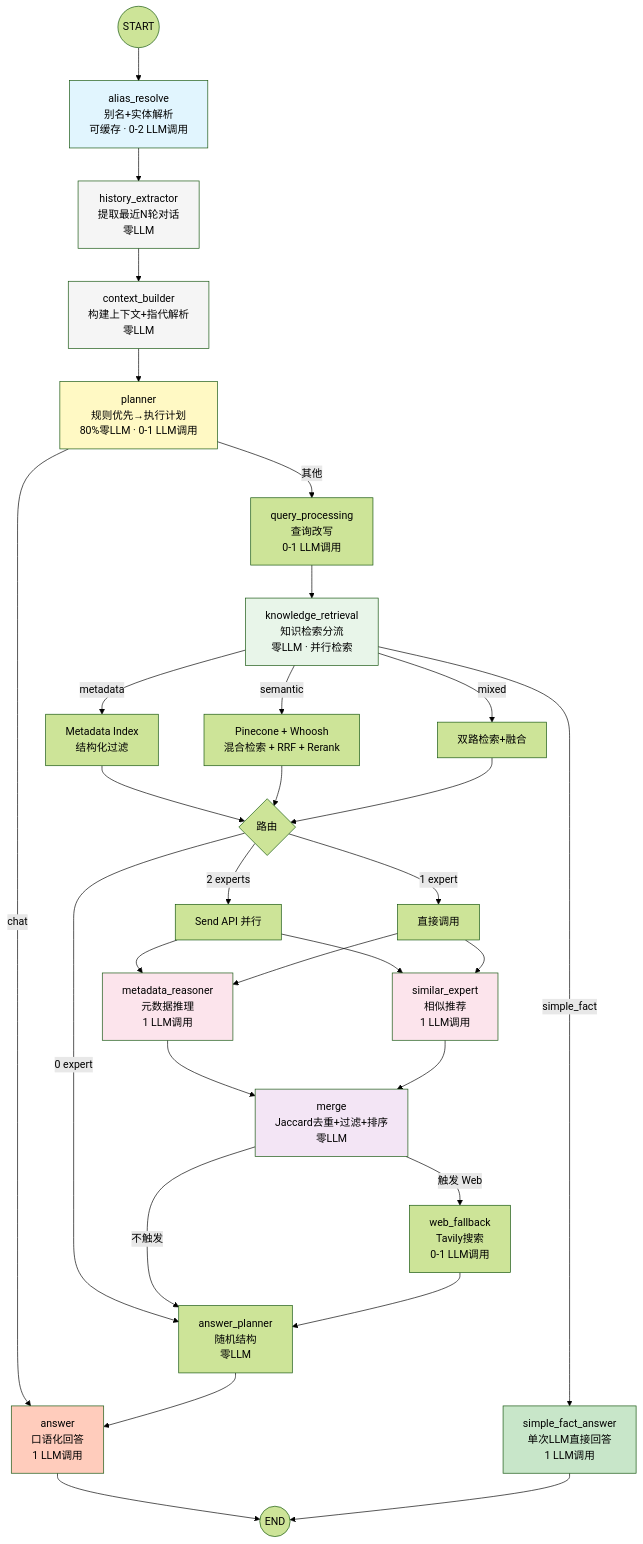
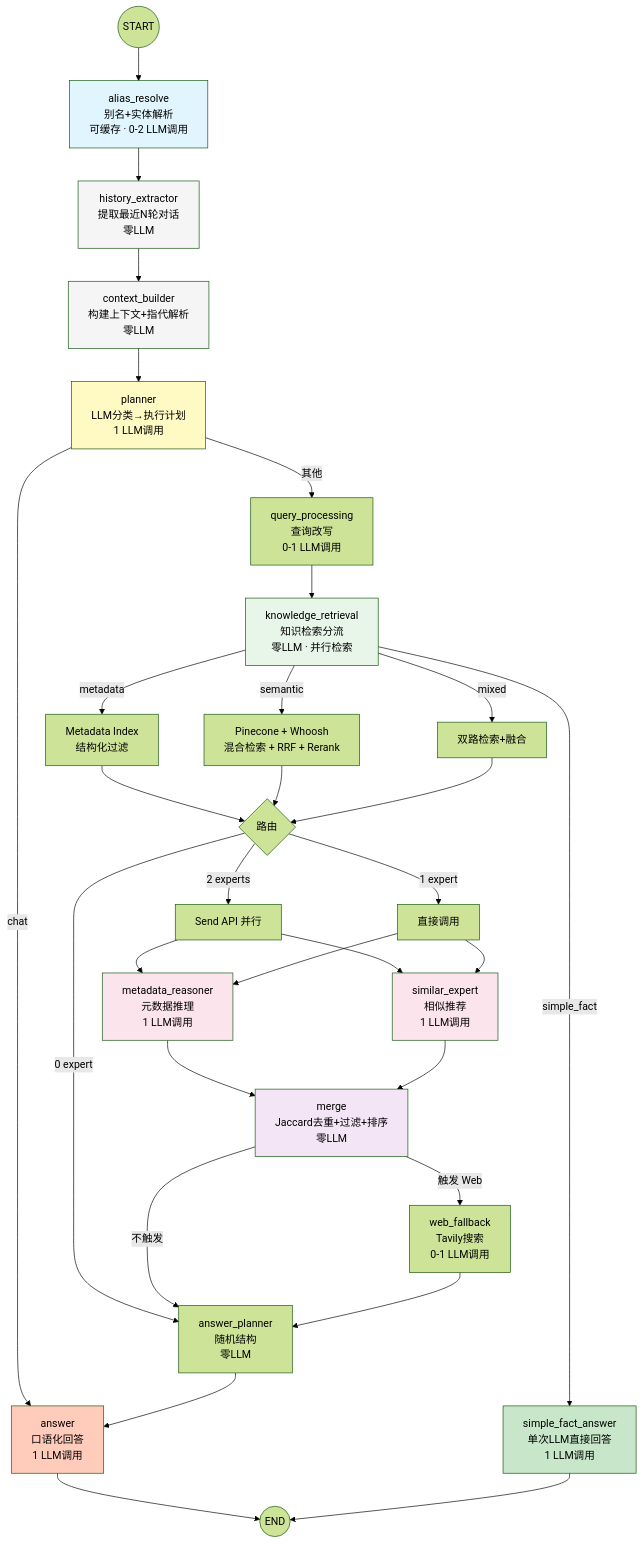
The fourth of 5 diagrams in .trae/documents/project-summary.md (AKArrok/AniGraph), drawn with Mermaid (forest theme) before and after one commit. The commit also changed other lines of this file and 3 other files, not shown here.

````diff
--- a/.trae/documents/project-summary.md
+++ b/.trae/documents/project-summary.md
@@ -316,54 +319,53 @@
 ```mermaid
 graph TD
     START((START)) --> alias["alias_resolve<br/>别名+实体解析<br/>可缓存 · 0-2 LLM调用"]
     alias --> hist["history_extractor<br/>提取最近N轮对话<br/>零LLM"]
     hist --> ctx["context_builder<br/>构建上下文+指代解析<br/>零LLM"]
-    ctx --> planner["planner<br/>规则优先→执行计划<br/>80%零LLM · 0-1 LLM调用"]
-
+    ctx --> planner["planner<br/>LLM分类→执行计划<br/>1 LLM调用"]
     planner -->|chat| answer
     planner -->|其他| qp["query_processing<br/>查询改写<br/>0-1 LLM调用"]
 
     qp --> kr["knowledge_retrieval<br/>知识检索分流<br/>零LLM · 并行检索"]
 
     kr -->|simple_fact| sf["simple_fact_answer<br/>单次LLM直接回答<br/>1 LLM调用"]
 
     kr -->|metadata| mi[Metadata Index<br/>结构化过滤]
     kr -->|semantic| pc[Pinecone + Whoosh<br/>混合检索 + RRF + Rerank]
     kr -->|mixed| both[双路检索+融合]
 
     mi --> route{路由}
     pc --> route
     both --> route
 
     route -->|0 expert| ap["answer_planner<br/>随机结构<br/>零LLM"]
     route -->|1 expert| expert_direct[直接调用]
     route -->|2 experts| parallel["Send API 并行"]
 
     parallel --> mr["metadata_reasoner<br/>元数据推理<br/>1 LLM调用"]
     parallel --> se["similar_expert<br/>相似推荐<br/>1 LLM调用"]
     expert_direct --> mr
     expert_direct --> se
 
     mr --> merge["merge<br/>Jaccard去重+过滤+排序<br/>零LLM"]
     se --> merge
 
     merge -->|触发 Web| wf["web_fallback<br/>Tavily搜索<br/>0-1 LLM调用"]
     merge -->|不触发| ap
 
     wf --> ap
     ap --> answer["answer<br/>口语化回答<br/>1 LLM调用"]
     answer --> END((END))
 
     sf --> END
 
     style alias fill:#e1f5fe
     style hist fill:#f5f5f5
     style ctx fill:#f5f5f5
     style planner fill:#fff9c4
     style kr fill:#e8f5e9
     style sf fill:#c8e6c9
     style mr fill:#fce4ec
     style se fill:#fce4ec
     style merge fill:#f3e5f5
     style answer fill:#ffccbc
 ```
````
